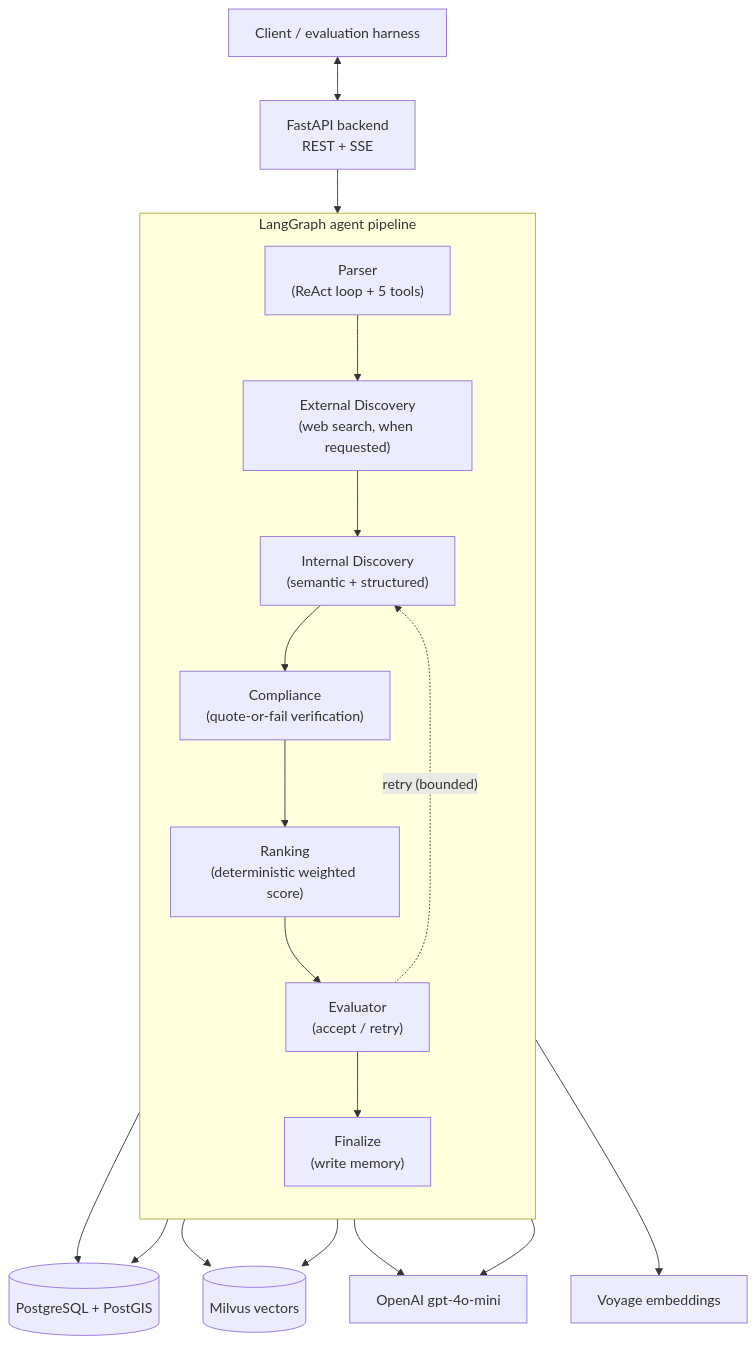
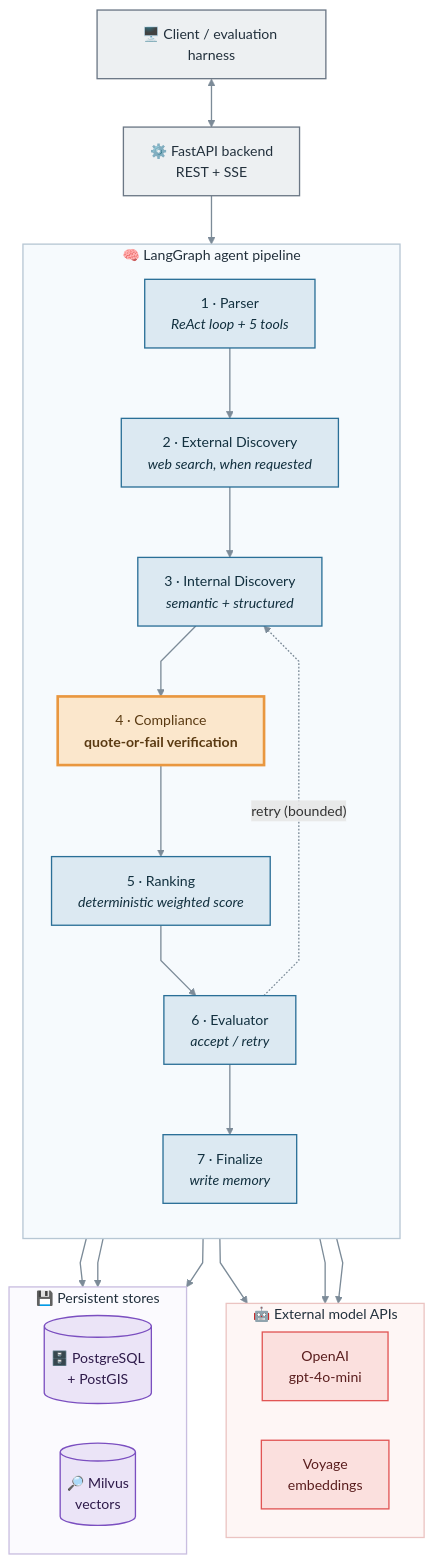
The first of 2 diagrams in thesis/approach.md (nitishkpandey/SupplierMind), drawn with Mermaid before and after one commit. The commit also changed other lines of this file and 24 other files, not shown here.

First line of the commit message:
Add Chapter 5 result charts and colourful diagram images

````diff
--- a/thesis/approach.md
+++ b/thesis/approach.md
@@ -66,29 +66,54 @@
 ```mermaid
-graph TB
-    UI["Client / evaluation harness"]
-    API["FastAPI backend<br/>REST + SSE"]
-    subgraph PIPE["LangGraph agent pipeline"]
+%%{init: {"flowchart": {"curve": "linear", "nodeSpacing": 45, "rankSpacing": 55, "htmlLabels": true}}}%%
+flowchart TB
+    UI["🖥️ Client / evaluation harness"]
+    API["⚙️ FastAPI backend<br/>REST + SSE"]
+    subgraph PIPE["🧠 LangGraph agent pipeline"]
         direction TB
-        P["Parser<br/>(ReAct loop + 5 tools)"]
-        ED["External Discovery<br/>(web search, when requested)"]
-        ID["Internal Discovery<br/>(semantic + structured)"]
-        C["Compliance<br/>(quote-or-fail verification)"]
-        R["Ranking<br/>(deterministic weighted score)"]
-        E["Evaluator<br/>(accept / retry)"]
-        F["Finalize<br/>(write memory)"]
+        P["1 · Parser<br/><i>ReAct loop + 5 tools</i>"]
+        ED["2 · External Discovery<br/><i>web search, when requested</i>"]
+        ID["3 · Internal Discovery<br/><i>semantic + structured</i>"]
+        C["4 · Compliance<br/><b>quote-or-fail verification</b>"]
+        R["5 · Ranking<br/><i>deterministic weighted score</i>"]
+        E["6 · Evaluator<br/><i>accept / retry</i>"]
+        F["7 · Finalize<br/><i>write memory</i>"]
         P --> ED --> ID --> C --> R --> E --> F
         E -. "retry (bounded)" .-> ID
     end
-    PG[("PostgreSQL + PostGIS")]
-    MV[("Milvus vectors")]
-    OAI["OpenAI gpt-4o-mini"]
-    VOY["Voyage embeddings"]
-    UI <--> API --> PIPE
-    ID --> PG
-    ID --> MV
-    C --> PG
-    F --> MV
-    P --> OAI
-    C --> OAI
-    ID --> VOY
+    subgraph DATA["💾 Persistent stores"]
+        direction LR
+        PG[("🗄️ PostgreSQL<br/>+ PostGIS")]
+        MV[("🔎 Milvus<br/>vectors")]
+    end
+    subgraph MODELS["🤖 External model APIs"]
+        direction LR
+        OAI["OpenAI<br/>gpt-4o-mini"]
+        VOY["Voyage<br/>embeddings"]
+    end
+    UI <--> API
+    API --> P
+    ID --> DATA
+    C --> DATA
+    F --> DATA
+    P --> MODELS
+    ID --> MODELS
+    C --> MODELS
+
+    classDef io fill:#EDF0F2,stroke:#6B7785,stroke-width:1.5px,color:#22303C;
+    classDef agent fill:#DCE9F2,stroke:#2A6F97,stroke-width:1.5px,color:#12303F;
+    classDef hero fill:#FBE7CC,stroke:#E9973F,stroke-width:3px,color:#5A3A12;
+    classDef store fill:#EBE4F7,stroke:#7B4FC0,stroke-width:1.5px,color:#2E1A4A;
+    classDef api fill:#FBE0DE,stroke:#E15554,stroke-width:1.5px,color:#5A1E1E;
+
+    class UI,API io;
+    class P,ED,ID,R,E,F agent;
+    class C hero;
+    class PG,MV store;
+    class OAI,VOY api;
+
+    style PIPE fill:#F6FAFD,stroke:#B7C7D4,stroke-width:1.5px,color:#22303C;
+    style DATA fill:#FBFAFE,stroke:#C9BEE0,stroke-width:1.5px,color:#22303C;
+    style MODELS fill:#FEF6F5,stroke:#EBC4C2,stroke-width:1.5px,color:#22303C;
+
+    linkStyle default stroke:#7C8B98,stroke-width:1.5px;
 ```
````
